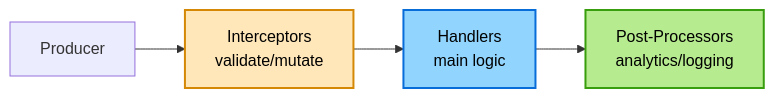
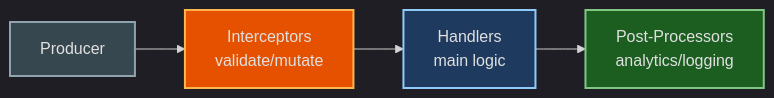
Before and after one commit to wallstop/DxMessaging: the second of 2 diagrams in README.md, drawn with Mermaid. The commit also changed other lines of this file and 24 other files, not shown here.

Commit message:
Mermaid overhaul, change most test assemblies to be editor

````diff
--- a/README.md
+++ b/README.md
@@ -446,9 +447,11 @@
 ```mermaid
+%%{init: {'theme': 'dark'}}%%
 flowchart LR
     P[Producer] --> I[Interceptors<br/>validate/mutate]
     I --> H[Handlers<br/>main logic]
     H --> PP[Post-Processors<br/>analytics/logging]
-    style I fill:#ffe7ba,stroke:#d48806,stroke-width:2px,color:#000
-    style H fill:#91d5ff,stroke:#096dd9,stroke-width:2px,color:#000
-    style PP fill:#b7eb8f,stroke:#389e0d,stroke-width:2px,color:#000
+    style P fill:#37474f,stroke:#90a4ae,stroke-width:2px,color:#e0e0e0
+    style I fill:#e65100,stroke:#ffb74d,stroke-width:2px,color:#e0e0e0
+    style H fill:#1e3a5f,stroke:#90caf9,stroke-width:2px,color:#e0e0e0
+    style PP fill:#1b5e20,stroke:#81c784,stroke-width:2px,color:#e0e0e0
 ```
````
